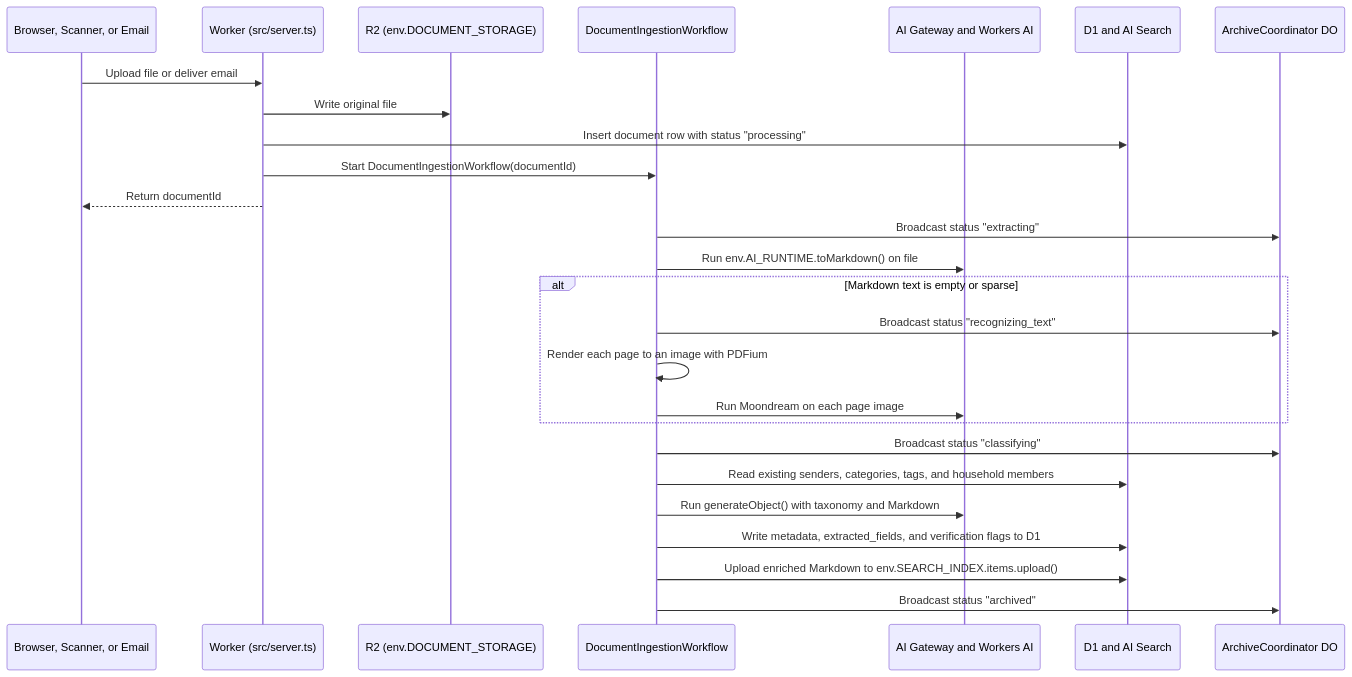
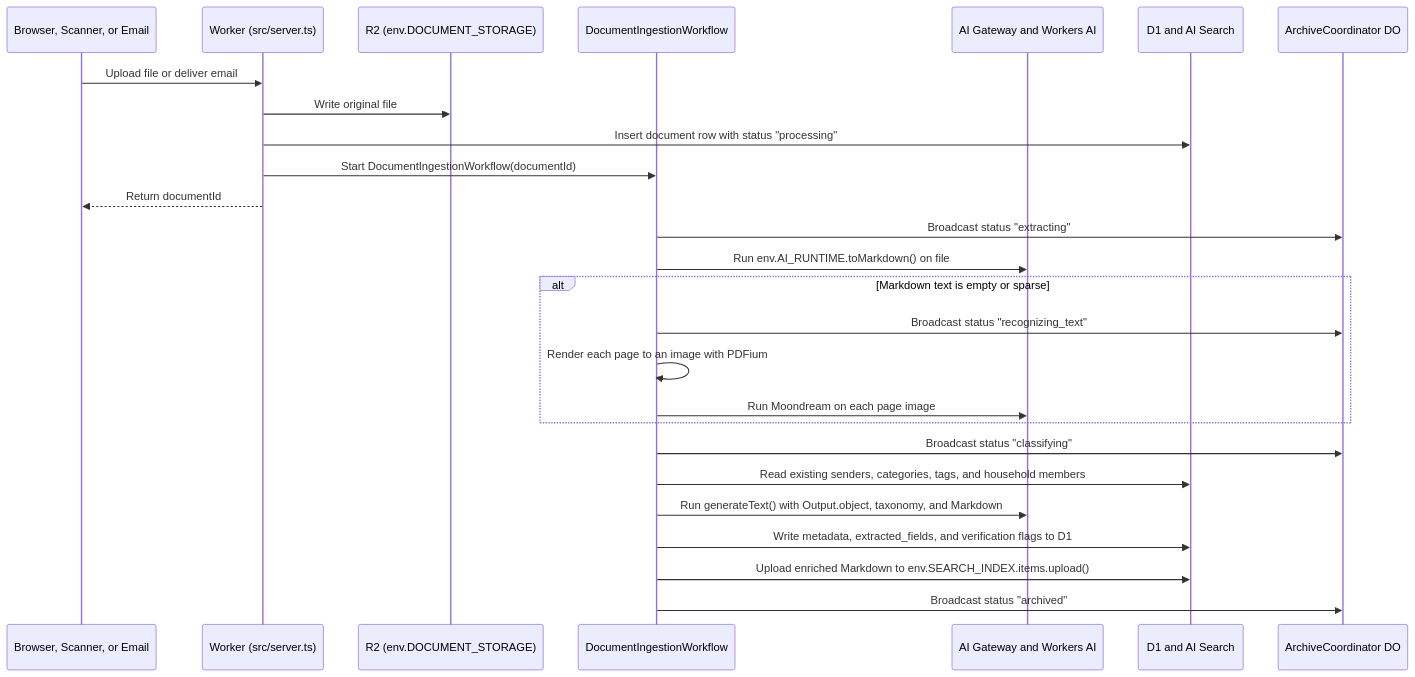
One commit to SzymonNastaly/schublade changed the second of 2 diagrams in VISION.md. Above: the diagram before and after it, drawn with Mermaid. The commit also changed other lines of this file and 2 other files, not shown here.

````diff
--- a/VISION.md
+++ b/VISION.md
@@ -101,29 +101,29 @@
 ```mermaid
 sequenceDiagram
 	participant Client as Browser, Scanner, or Email
 	participant Worker as Worker (src/server.ts)
 	participant R2 as R2 (env.DOCUMENT_STORAGE)
 	participant WF as DocumentIngestionWorkflow
 	participant AI as AI Gateway and Workers AI
 	participant DB as D1 and AI Search
 	participant Coord as ArchiveCoordinator DO
 
 	Client->>Worker: Upload file or deliver email
 	Worker->>R2: Write original file
 	Worker->>DB: Insert document row with status "processing"
 	Worker->>WF: Start DocumentIngestionWorkflow(documentId)
 	Worker-->>Client: Return documentId
 	WF->>Coord: Broadcast status "extracting"
 	WF->>AI: Run env.AI_RUNTIME.toMarkdown() on file
 	alt Markdown text is empty or sparse
 		WF->>Coord: Broadcast status "recognizing_text"
 		WF->>WF: Render each page to an image with PDFium
 		WF->>AI: Run Moondream on each page image
 	end
 	WF->>Coord: Broadcast status "classifying"
 	WF->>DB: Read existing senders, categories, tags, and household members
-	WF->>AI: Run generateObject() with taxonomy and Markdown
+	WF->>AI: Run generateText() with Output.object, taxonomy, and Markdown
 	WF->>DB: Write metadata, extracted_fields, and verification flags to D1
 	WF->>DB: Upload enriched Markdown to env.SEARCH_INDEX.items.upload()
 	WF->>Coord: Broadcast status "archived"
 ```
````
